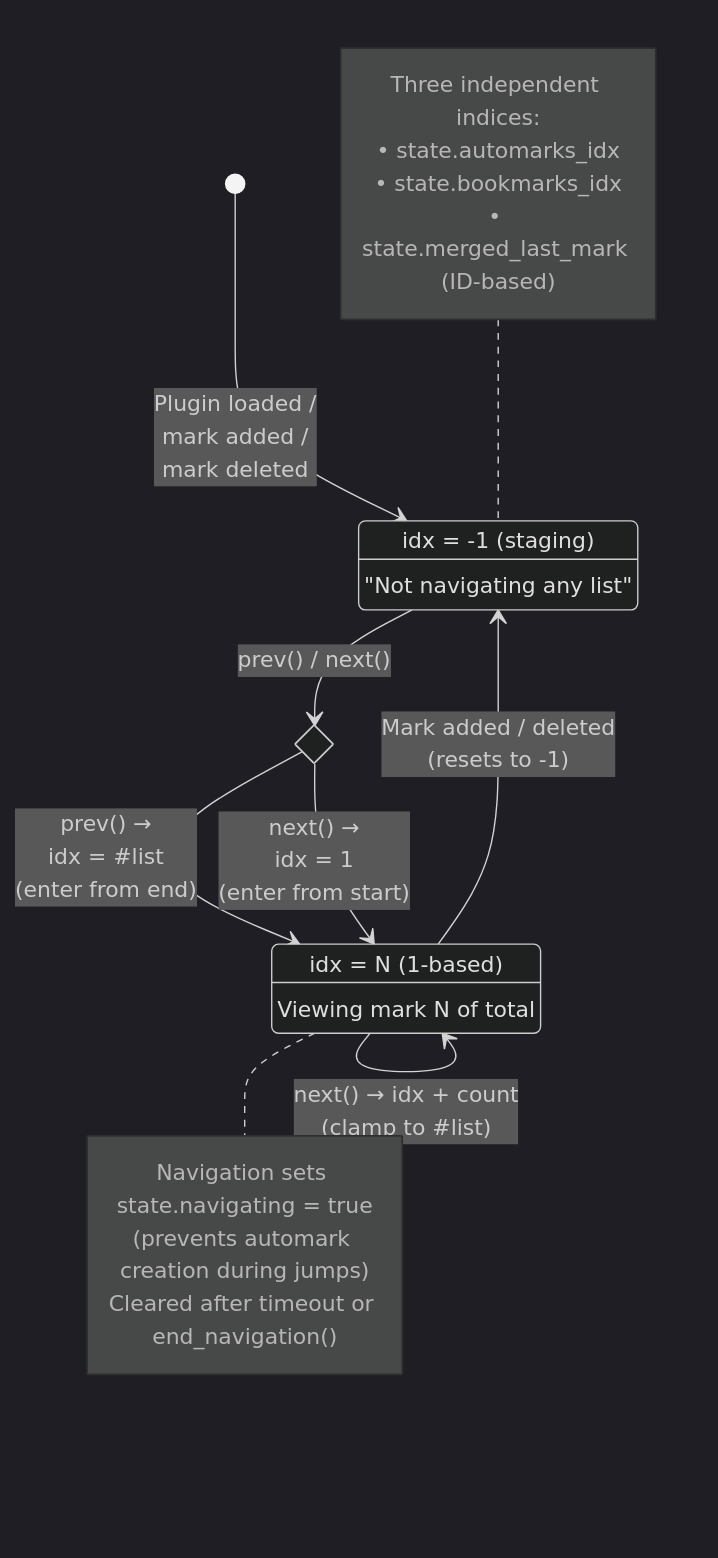
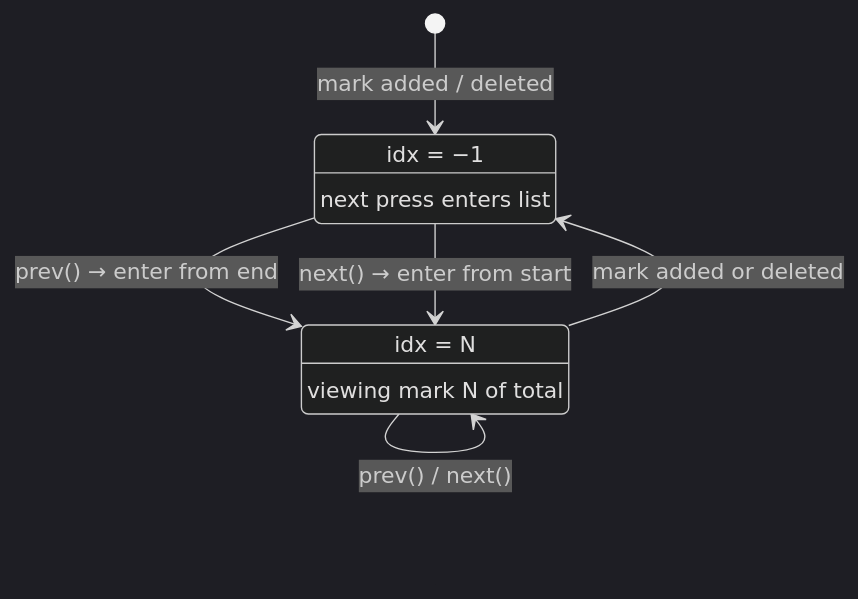
One commit to pablosgraduation/waymark.nvim changed the fourth of 5 diagrams in ARCHITECTURE.md. Above: the diagram before and after it, drawn with Mermaid (dark theme). The commit also changed other lines of this file, not shown here.

Commit message:
architecture md

````diff
--- a/ARCHITECTURE.md
+++ b/ARCHITECTURE.md
@@ -291,35 +188,16 @@
 ```mermaid
 stateDiagram-v2
-    [*] --> Staging: Plugin loaded /<br/>mark added /<br/>mark deleted
+    [*] --> Staging : mark added / deleted
 
-    Staging: idx = -1 (staging)
-    Staging: "Not navigating any list"
+    Staging : idx = −1
+    Staging : next press enters list
 
-    AtMark: idx = N (1-based)
-    AtMark: Viewing mark N of total
+    AtMark : idx = N
+    AtMark : viewing mark N of total
 
-    state navigating <<choice>>
+    Staging --> AtMark : prev() → enter from end
+    Staging --> AtMark : next() → enter from start
 
-    Staging --> navigating: prev() / next()
-
-    navigating --> AtMark: prev() →<br/>idx = #list<br/>(enter from end)
-    navigating --> AtMark: next() →<br/>idx = 1<br/>(enter from start)
-
-    AtMark --> AtMark: prev() → idx - count<br/>(clamp to 1)
-    AtMark --> AtMark: next() → idx + count<br/>(clamp to #list)
-
-    AtMark --> Staging: Mark added / deleted<br/>(resets to -1)
-
-    note right of AtMark
-        Navigation sets state.navigating = true
-        (prevents automark creation during jumps)
-        Cleared after timeout or end_navigation()
-    end note
-
-    note left of Staging
-        Three independent indices:
-        • state.automarks_idx
-        • state.bookmarks_idx
-        • state.merged_last_mark (ID-based)
-    end note
+    AtMark --> AtMark : prev() / next()
+    AtMark --> Staging : mark added or deleted
 ```
````
